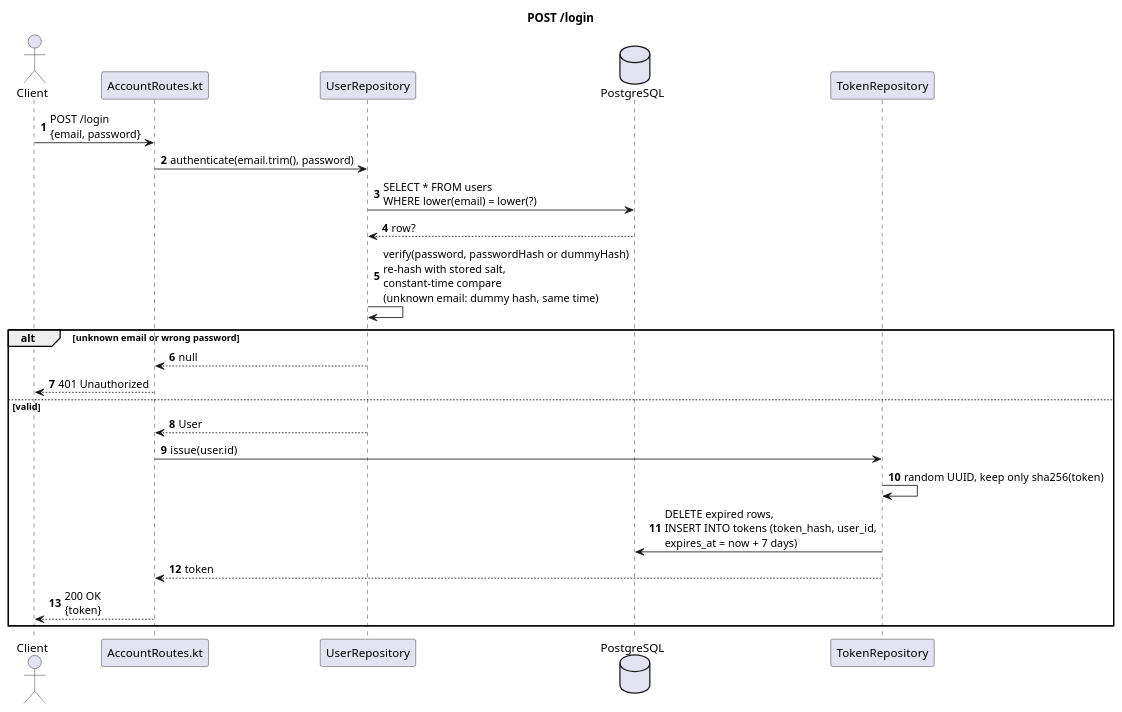
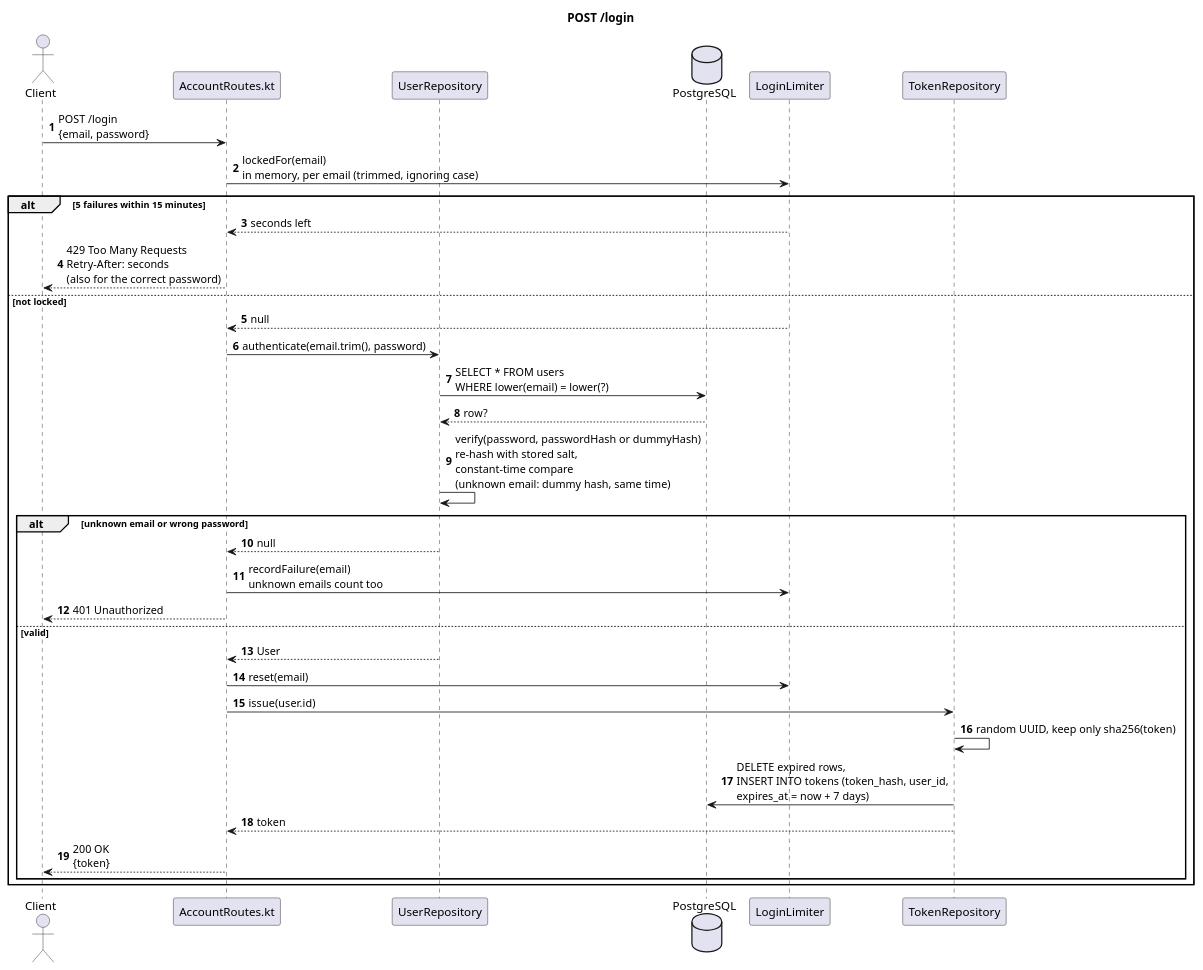
One commit to Rent-a-car-38291/rent-a-car changed the diagram in docs/diagrams/sequence-login.puml. Above: the diagram before and after it, drawn with PlantUML. The commit also changed 3 other files, not shown here.

Commit message:
Document the login rate limit in the README, OpenAPI and login diagram

```diff
--- a/docs/diagrams/sequence-login.puml
+++ b/docs/diagrams/sequence-login.puml
@@ -1,29 +1,40 @@
 @startuml
 title POST /login
 autonumber
 
 actor Client
 participant "AccountRoutes.kt" as Route
 participant UserRepository
 database PostgreSQL
+participant LoginLimiter
 participant TokenRepository
 
 Client -> Route : POST /login\n{email, password}
+Route -> LoginLimiter : lockedFor(email)\nin memory, per email (trimmed, ignoring case)
+
+alt 5 failures within 15 minutes
+  LoginLimiter --> Route : seconds left
+  Route --> Client : 429 Too Many Requests\nRetry-After: seconds\n(also for the correct password)
+else not locked
+LoginLimiter --> Route : null
 Route -> UserRepository : authenticate(email.trim(), password)
 UserRepository -> PostgreSQL : SELECT * FROM users\nWHERE lower(email) = lower(?)
 PostgreSQL --> UserRepository : row?
 UserRepository -> UserRepository : verify(password, passwordHash or dummyHash)\nre-hash with stored salt,\nconstant-time compare\n(unknown email: dummy hash, same time)
 
 alt unknown email or wrong password
   UserRepository --> Route : null
+  Route -> LoginLimiter : recordFailure(email)\nunknown emails count too
   Route --> Client : 401 Unauthorized
 else valid
   UserRepository --> Route : User
+  Route -> LoginLimiter : reset(email)
   Route -> TokenRepository : issue(user.id)
   TokenRepository -> TokenRepository : random UUID, keep only sha256(token)
   TokenRepository -> PostgreSQL : DELETE expired rows,\nINSERT INTO tokens (token_hash, user_id,\nexpires_at = now + 7 days)
   TokenRepository --> Route : token
   Route --> Client : 200 OK\n{token}
 end
+end
 
 @enduml
```
